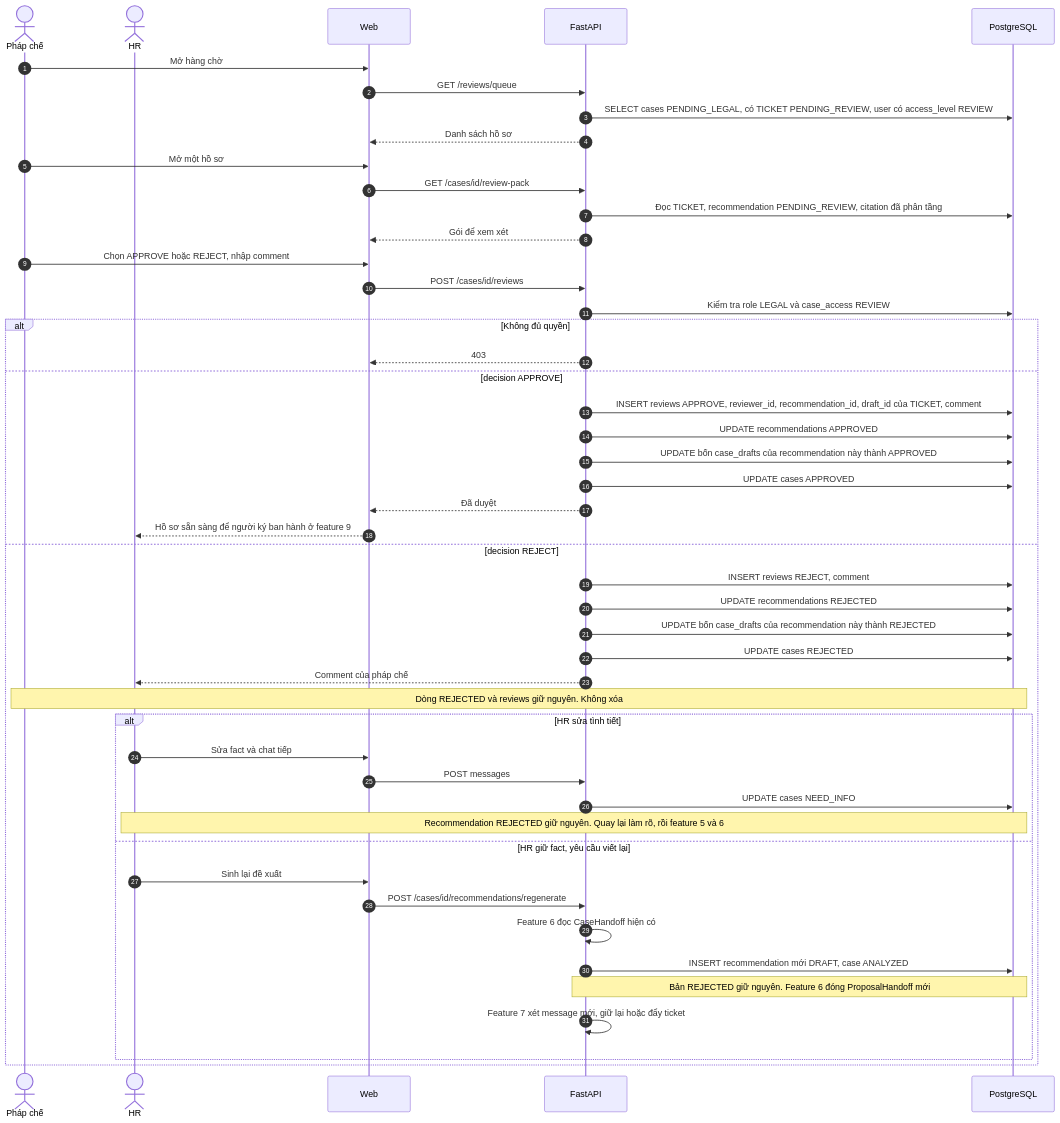
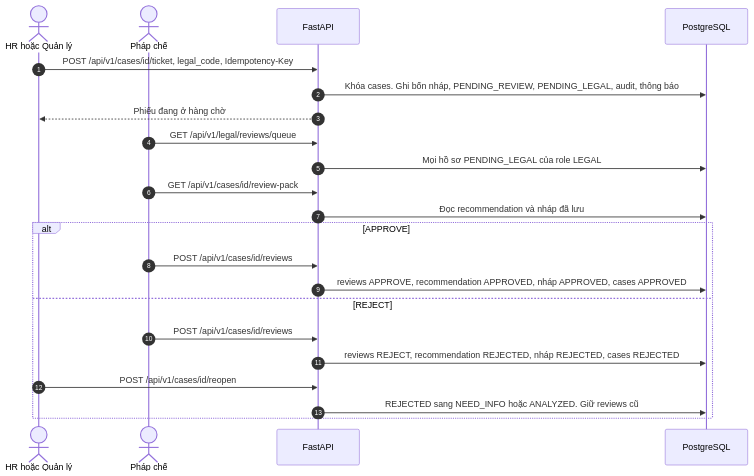
One commit to Tuan-Nguyen-Minhh/HRHelp changed the tenth of 15 diagrams in docs/features/features.md. Above: the diagram before and after it, drawn with Mermaid. The commit also changed other lines of this file and 210 other files, not shown here.

Commit message:
feat(schema): Add new models for message handling and recidivism tracking

````diff
--- a/docs/features/features.md
+++ b/docs/features/features.md
@@ -593,51 +636,25 @@
 ```mermaid
 sequenceDiagram
     autonumber
+    actor HR as HR hoặc Quản lý
     actor LC as Pháp chế
-    actor HR as HR
-    participant UI as Web
     participant API as FastAPI
     participant DB as PostgreSQL
 
-    LC->>UI: Mở hàng chờ
-    UI->>API: GET /reviews/queue
-    API->>DB: SELECT cases PENDING_LEGAL, có TICKET PENDING_REVIEW, user có access_level REVIEW
-    API-->>UI: Danh sách hồ sơ
-    LC->>UI: Mở một hồ sơ
-    UI->>API: GET /cases/id/review-pack
-    API->>DB: Đọc TICKET, recommendation PENDING_REVIEW, citation đã phân tầng
-    API-->>UI: Gói để xem xét
-    LC->>UI: Chọn APPROVE hoặc REJECT, nhập comment
-    UI->>API: POST /cases/id/reviews
-    API->>DB: Kiểm tra role LEGAL và case_access REVIEW
-    alt Không đủ quyền
-        API-->>UI: 403
-    else decision APPROVE
-        API->>DB: INSERT reviews APPROVE, reviewer_id, recommendation_id, draft_id của TICKET, comment
-        API->>DB: UPDATE recommendations APPROVED
-        API->>DB: UPDATE bốn case_drafts của recommendation này thành APPROVED
-        API->>DB: UPDATE cases APPROVED
-        API-->>UI: Đã duyệt
-        UI-->>HR: Hồ sơ sẵn sàng để người ký ban hành ở feature 9
-    else decision REJECT
-        API->>DB: INSERT reviews REJECT, comment
-        API->>DB: UPDATE recommendations REJECTED
-        API->>DB: UPDATE bốn case_drafts của recommendation này thành REJECTED
-        API->>DB: UPDATE cases REJECTED
-        API-->>HR: Comment của pháp chế
-        Note over LC,DB: Dòng REJECTED và reviews giữ nguyên. Không xóa
-        alt HR sửa tình tiết
-            HR->>UI: Sửa fact và chat tiếp
-            UI->>API: POST messages
-            API->>DB: UPDATE cases NEED_INFO
-            Note over HR,DB: Recommendation REJECTED giữ nguyên. Quay lại làm rõ, rồi feature 5 và 6
-        else HR giữ fact, yêu cầu viết lại
-            HR->>UI: Sinh lại đề xuất
-            UI->>API: POST /cases/id/recommendations/regenerate
-            API->>API: Feature 6 đọc CaseHandoff hiện có
-            API->>DB: INSERT recommendation mới DRAFT, case ANALYZED
-            Note over API,DB: Bản REJECTED giữ nguyên. Feature 6 đóng ProposalHandoff mới
-            API->>API: Feature 7 xét message mới, giữ lại hoặc đẩy ticket
-        end
+    HR->>API: POST /api/v1/cases/id/ticket, legal_code, Idempotency-Key
+    API->>DB: Khóa cases. Ghi bốn nháp, PENDING_REVIEW, PENDING_LEGAL, audit, thông báo
+    API-->>HR: Phiếu đang ở hàng chờ
+    LC->>API: GET /api/v1/legal/reviews/queue
+    API->>DB: Mọi hồ sơ PENDING_LEGAL của role LEGAL
+    LC->>API: GET /api/v1/cases/id/review-pack
+    API->>DB: Đọc recommendation và nháp đã lưu
+    alt APPROVE
+        LC->>API: POST /api/v1/cases/id/reviews
+        API->>DB: reviews APPROVE, recommendation APPROVED, nháp APPROVED, cases APPROVED
+    else REJECT
+        LC->>API: POST /api/v1/cases/id/reviews
+        API->>DB: reviews REJECT, recommendation REJECTED, nháp REJECTED, cases REJECTED
+        HR->>API: POST /api/v1/cases/id/reopen
+        API->>DB: REJECTED sang NEED_INFO hoặc ANALYZED. Giữ reviews cũ
     end
 ```
````
